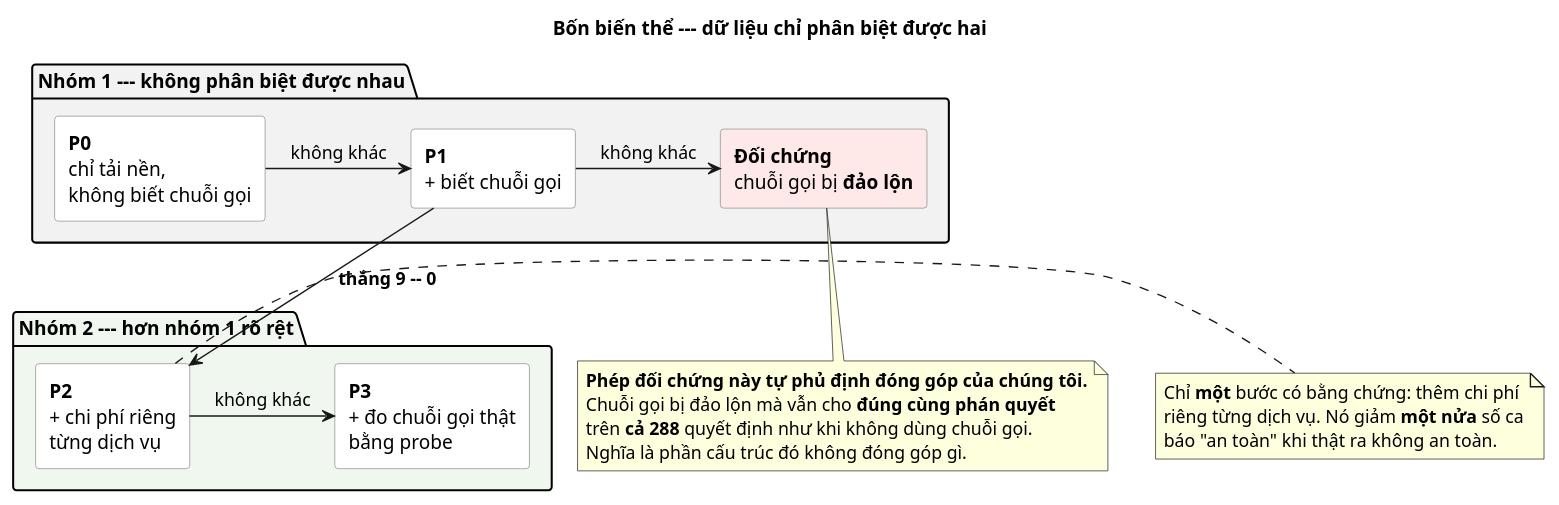
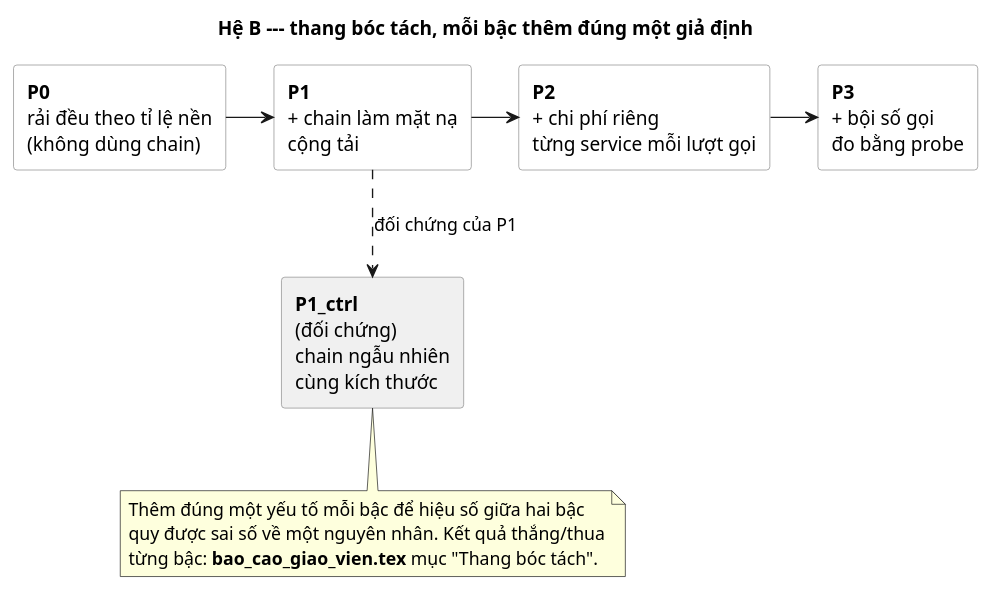
The diagram in papers/p1_du_phong/docs/figures/puml/22_bac_thang_P0_P3.puml (kkyaha/NCKH), drawn with PlantUML before and after one commit. The commit also changed 25 other files, not shown here.

Commit message:
feat: add chain validation for SCM and update evaluation docs and diagrams

```diff
--- a/papers/p1_du_phong/docs/figures/puml/22_bac_thang_P0_P3.puml
+++ b/papers/p1_du_phong/docs/figures/puml/22_bac_thang_P0_P3.puml
@@ -1,37 +1,26 @@
 @startuml
-' MOTA: Khối 2 — bốn biến thể mô hình, nhưng dữ liệu chỉ phân biệt được hai nhóm
+' MOTA: Khoi 2 -- thang boc tach P0-P3 cua He B, moi bac them DUNG MOT gia dinh
 skinparam defaultFontName Helvetica
 skinparam shadowing false
 skinparam rectangle {
   BorderColor #888888
 }
-title Bốn biến thể --- dữ liệu chỉ phân biệt được **hai**
+title Hệ B --- thang bóc tách, mỗi bậc thêm **đúng một** giả định
 
-package "Nhóm 1 --- không phân biệt được nhau" #F2F2F2 {
-  rectangle "**P0**\nchỉ tải nền,\nkhông biết chuỗi gọi" as P0 #FFFFFF
-  rectangle "**P1**\n+ biết chuỗi gọi" as P1 #FFFFFF
-  rectangle "**Đối chứng**\nchuỗi gọi bị **đảo lộn**" as PC #FFE8E8
-}
-package "Nhóm 2 --- hơn nhóm 1 rõ rệt" #EFF7EF {
-  rectangle "**P2**\n+ chi phí riêng\ntừng dịch vụ" as P2 #FFFFFF
-  rectangle "**P3**\n+ đo chuỗi gọi thật\nbằng probe" as P3 #FFFFFF
-}
+rectangle "**P0**\nrải đều theo tỉ lệ nền\n(không dùng chain)" as P0 #FFFFFF
+rectangle "**P1**\n+ chain làm mặt nạ\ncộng tải" as P1 #FFFFFF
+rectangle "**P1_ctrl**\n(đối chứng)\nchain ngẫu nhiên\ncùng kích thước" as PC #F0F0F0
+rectangle "**P2**\n+ chi phí riêng\ntừng service mỗi lượt gọi" as P2 #FFFFFF
+rectangle "**P3**\n+ bội số gọi\nđo bằng probe" as P3 #FFFFFF
 
-P0 -right-> P1 : không khác
-P1 -right-> PC : không khác
-P1 -down-> P2 : **thắng 9 -- 0**
-P2 -right-> P3 : không khác
+P0 -right-> P1
+P1 -right-> P2
+P2 -right-> P3
+P1 .down.> PC : đối chứng của P1
 
 note bottom of PC
-  **Phép đối chứng này tự phủ định đóng góp của chúng tôi.**
-  Chuỗi gọi bị đảo lộn mà vẫn cho **đúng cùng phán quyết**
-  trên **cả 288** quyết định như khi không dùng chuỗi gọi.
-  Nghĩa là phần cấu trúc đó không đóng góp gì.
-end note
-
-note right of P2
-  Chỉ **một** bước có bằng chứng: thêm chi phí
-  riêng từng dịch vụ. Nó giảm **một nửa** số ca
-  báo "an toàn" khi thật ra không an toàn.
+  Thêm đúng một yếu tố mỗi bậc để hiệu số giữa hai bậc
+  quy được sai số về một nguyên nhân. Kết quả thắng/thua
+  từng bậc: **bao_cao_giao_vien.tex** mục "Thang bóc tách".
 end note
 @enduml
```
